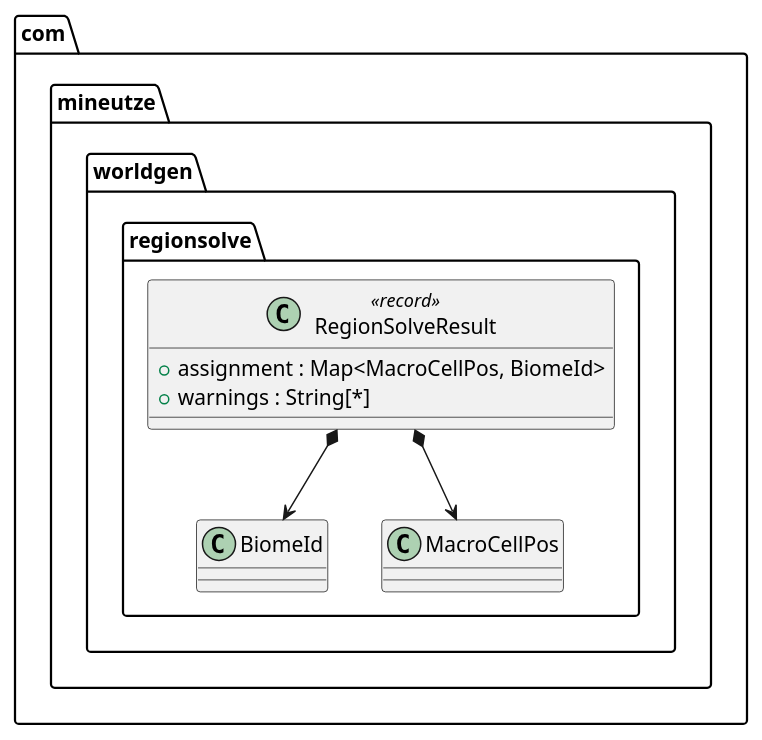
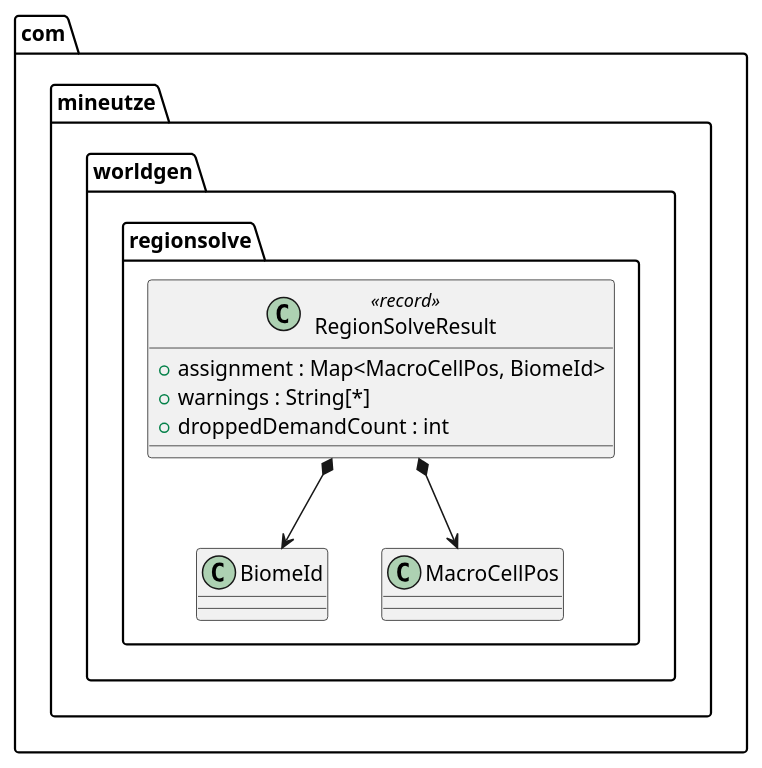
The diagram in companion-mods/mineutze-worldgen/doc/Modelisation/Fragments-Full/com/mineutze/worldgen/regionsolve/RegionSolveResult.puml (Boulede987/Mine-Utz), drawn with PlantUML before and after one commit. The commit also changed 265 other files, not shown here.

```diff
--- a/companion-mods/mineutze-worldgen/doc/Modelisation/Fragments-Full/com/mineutze/worldgen/regionsolve/RegionSolveResult.puml
+++ b/companion-mods/mineutze-worldgen/doc/Modelisation/Fragments-Full/com/mineutze/worldgen/regionsolve/RegionSolveResult.puml
@@ -1,9 +1,10 @@
 namespace com.mineutze.worldgen.regionsolve {
 class RegionSolveResult <<record>> {
   + assignment : Map<MacroCellPos, BiomeId>
   + warnings : String[*]
+  + droppedDemandCount : int
 }
 
 RegionSolveResult *--> BiomeId
 RegionSolveResult *--> MacroCellPos
 }
```
